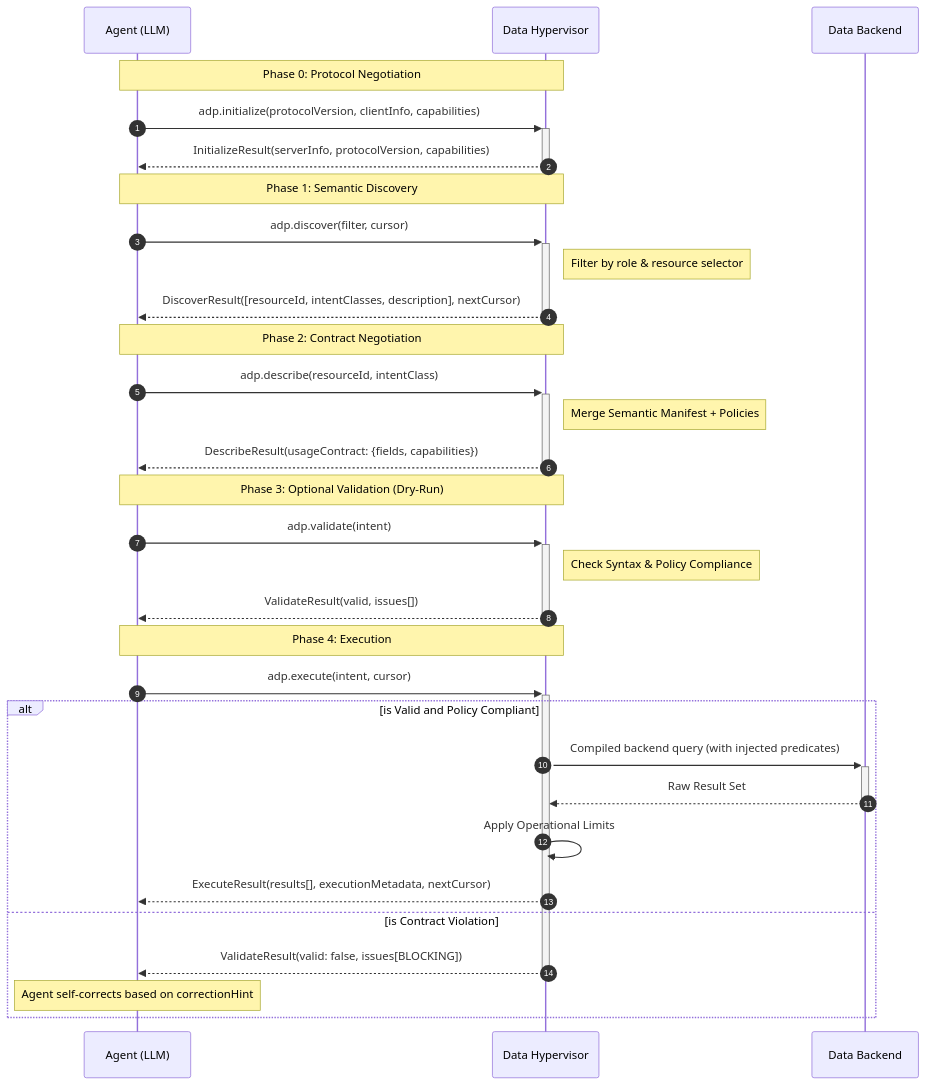
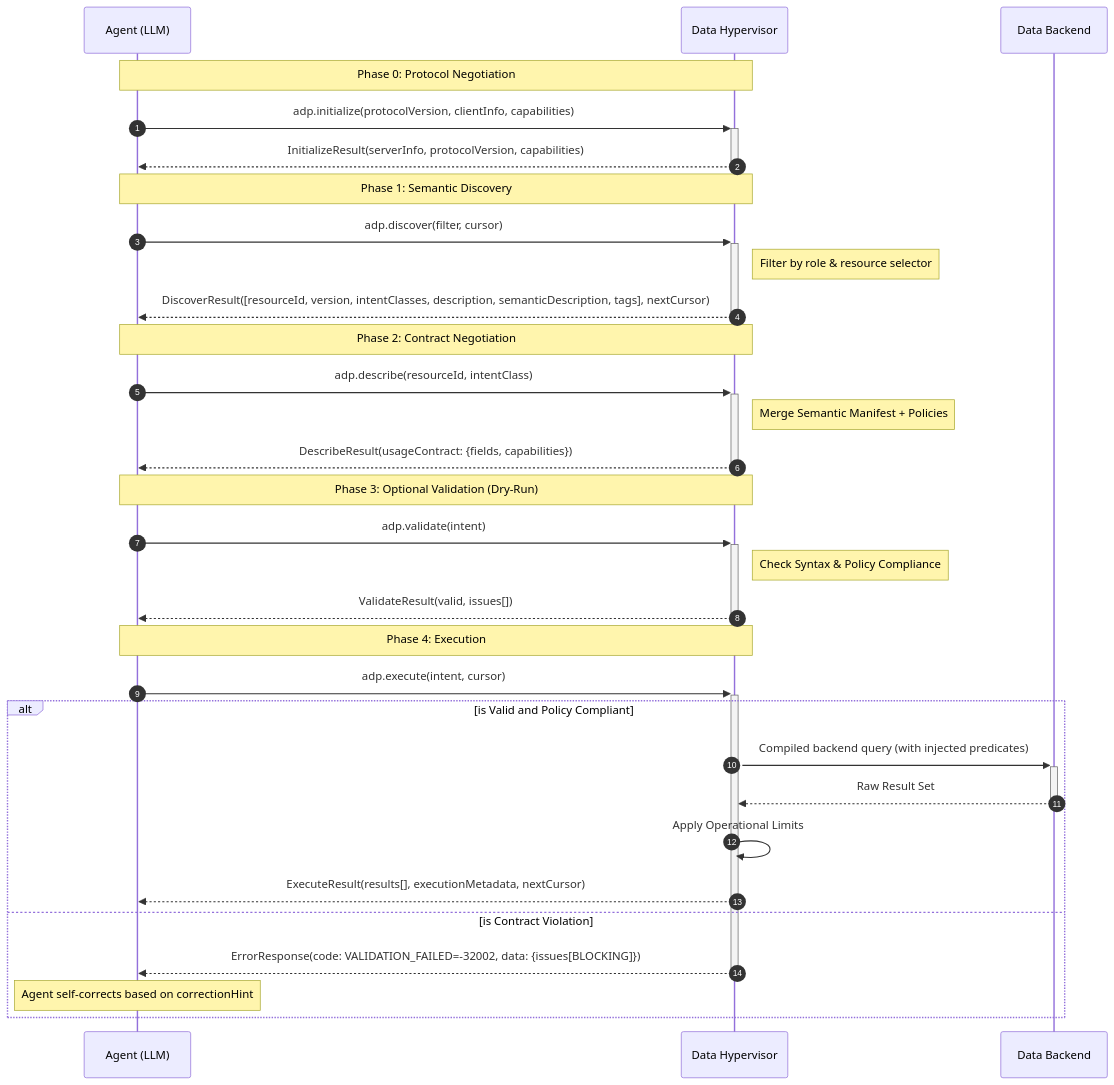
The diagram in docs/specification/2026-01-20/adp_ir_spec.md (agenticdataprotocol/agenticdataprotocol), drawn with Mermaid before and after one commit. The commit also changed other lines of this file, not shown here.

````diff
--- a/docs/specification/2026-01-20/adp_ir_spec.md
+++ b/docs/specification/2026-01-20/adp_ir_spec.md
@@ -91,39 +95,39 @@
 ```mermaid
 sequenceDiagram
     autonumber
     participant A as Agent (LLM)
     participant H as Data Hypervisor
     participant B as Data Backend
 
     Note over A, H: Phase 0: Protocol Negotiation
     A->>+H: adp.initialize(protocolVersion, clientInfo, capabilities)
     H-->>-A: InitializeResult(serverInfo, protocolVersion, capabilities)
 
     Note over A, H: Phase 1: Semantic Discovery
     A->>+H: adp.discover(filter, cursor)
     Note right of H: Filter by role & resource selector
-    H-->>-A: DiscoverResult([resourceId, intentClasses, description], nextCursor)
+    H-->>-A: DiscoverResult([resourceId, version, intentClasses, description, semanticDescription, tags], nextCursor)
 
     Note over A, H: Phase 2: Contract Negotiation
     A->>+H: adp.describe(resourceId, intentClass)
     Note right of H: Merge Semantic Manifest + Policies
     H-->>-A: DescribeResult(usageContract: {fields, capabilities})
 
     Note over A, H: Phase 3: Optional Validation (Dry-Run)
     A->>+H: adp.validate(intent)
     Note right of H: Check Syntax & Policy Compliance
     H-->>-A: ValidateResult(valid, issues[])
 
     Note over A, H: Phase 4: Execution
     A->>+H: adp.execute(intent, cursor)
 
     alt is Valid and Policy Compliant
         H->>+B: Compiled backend query (with injected predicates)
         B-->>-H: Raw Result Set
         H->>H: Apply Operational Limits
         H-->>A: ExecuteResult(results[], executionMetadata, nextCursor)
     else is Contract Violation
-        H-->>-A: ValidateResult(valid: false, issues[BLOCKING])
+        H-->>-A: ErrorResponse(code: VALIDATION_FAILED=-32002, data: {issues[BLOCKING]})
         Note over A: Agent self-corrects based on correctionHint
     end
 ```
````
